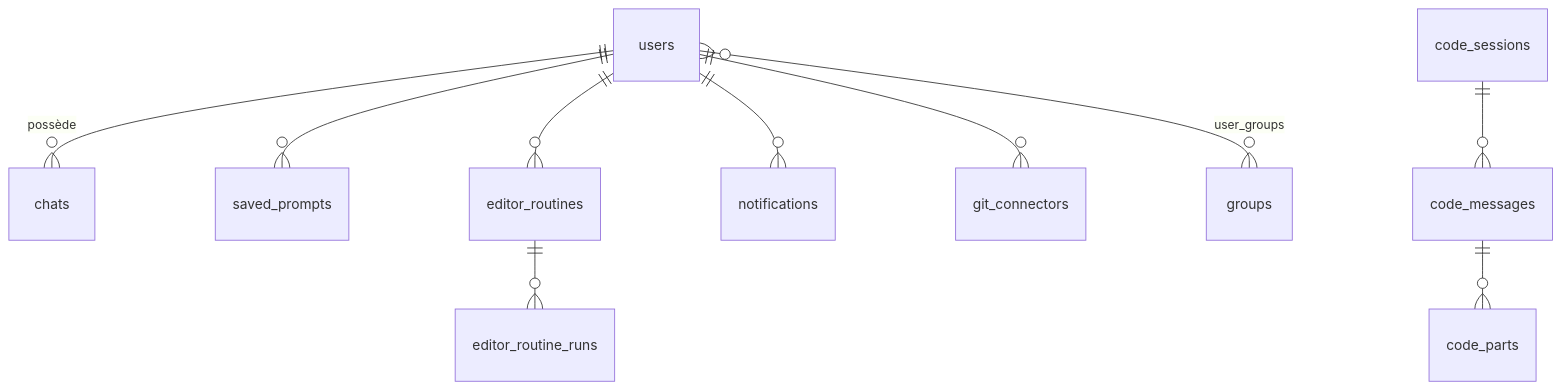
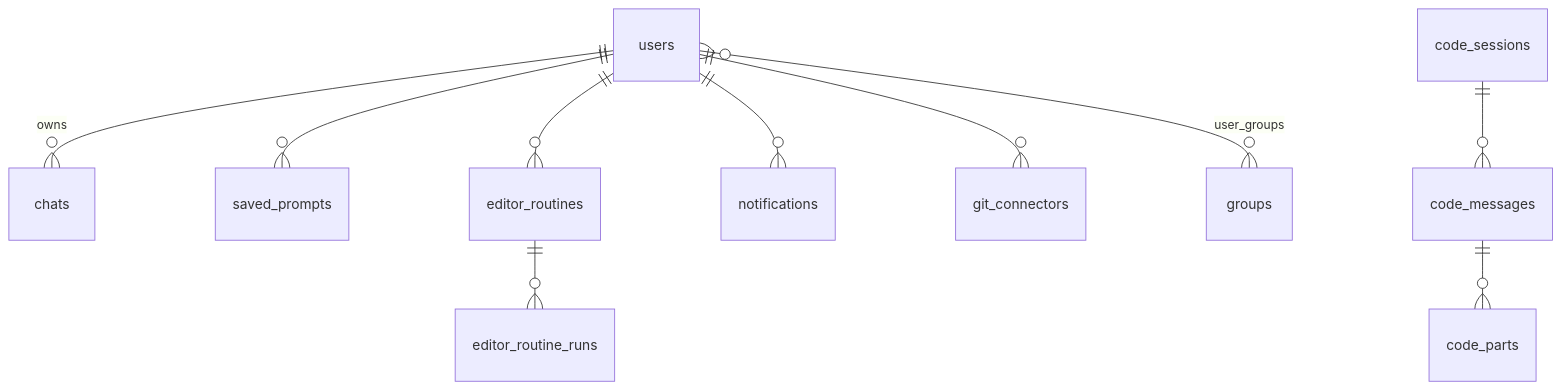
Before and after one commit to toto-fou/Elpis: the third of 16 diagrams in docs/architecture.md, drawn with Mermaid. The commit also changed other lines of this file and 43 other files, not shown here.

````diff
--- a/docs/architecture.md
+++ b/docs/architecture.md
@@ -367,12 +370,12 @@
 ```mermaid
 erDiagram
-    users ||--o{ chats : "possède"
+    users ||--o{ chats : "owns"
     users ||--o{ saved_prompts : ""
     users ||--o{ editor_routines : ""
     users ||--o{ notifications : ""
     users ||--o{ git_connectors : ""
     users }o--o{ groups : "user_groups"
     editor_routines ||--o{ editor_routine_runs : ""
     code_sessions ||--o{ code_messages : ""
     code_messages ||--o{ code_parts : ""
 ```
````
